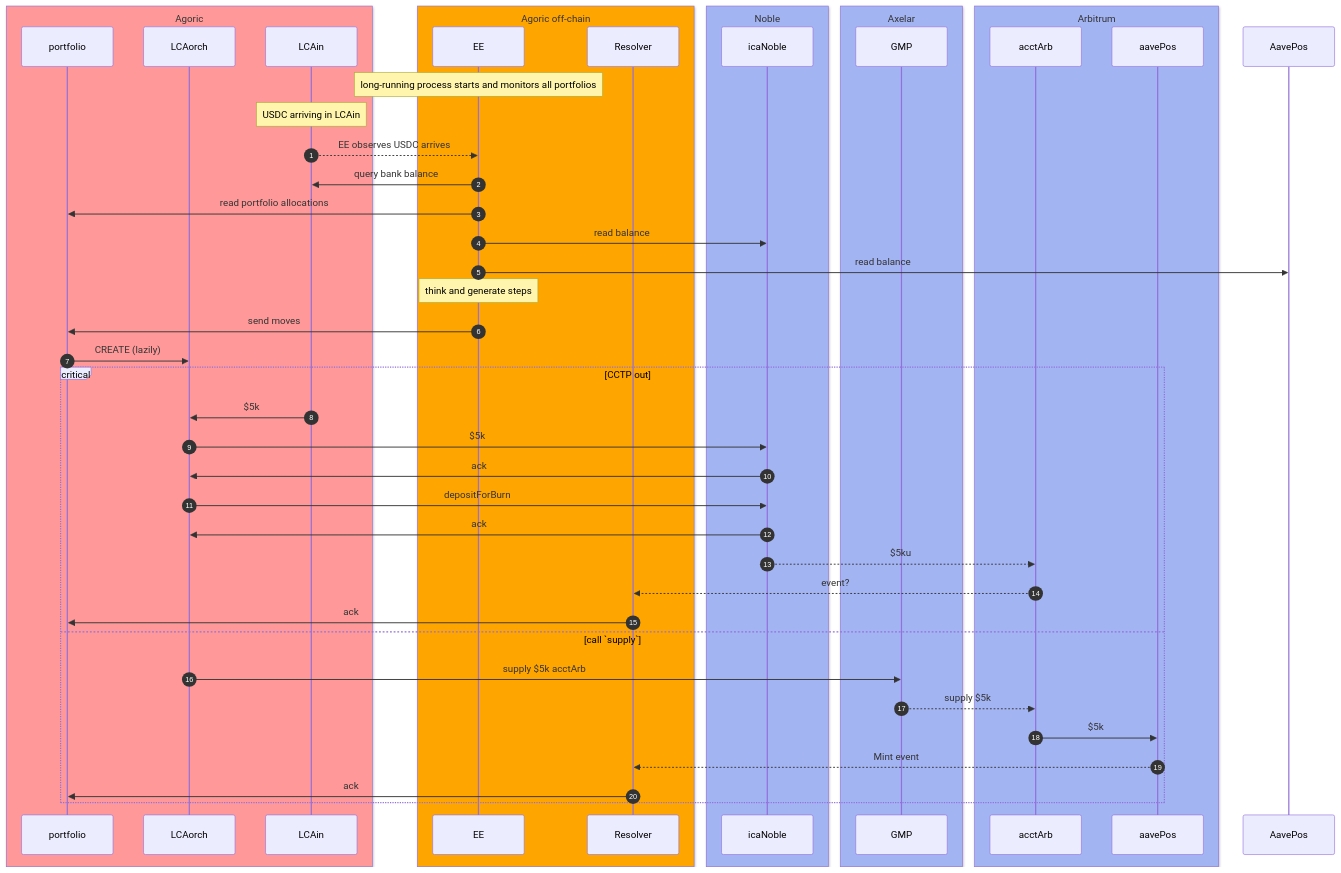
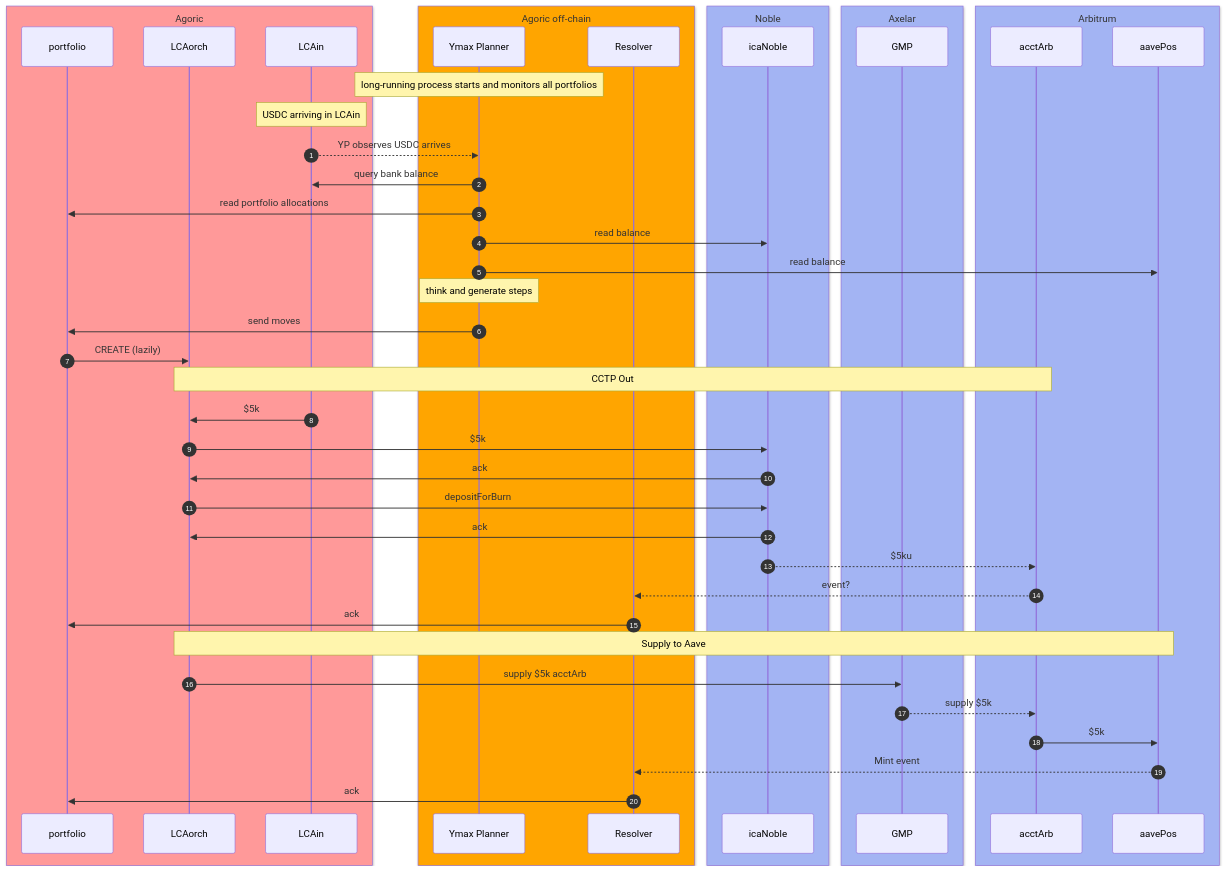
One commit to Agoric/agoric-sdk changed the fifth of 6 diagrams in packages/portfolio-contract/DESIGN-BETA.md. Above: the diagram before and after it, drawn with Mermaid. The commit also changed other lines of this file, not shown here.

Commit message:
docs(portfolio-contract): rename to ymax planner, add rebalance diagram

````diff
--- a/packages/portfolio-contract/DESIGN-BETA.md
+++ b/packages/portfolio-contract/DESIGN-BETA.md
@@ -79,58 +79,58 @@
 ```mermaid
 sequenceDiagram
   autonumber
 
   box rgb(255,153,153) Agoric
     participant portfolio
     participant LCAorch
     participant LCAin
   end
 
   box  rgb(255,165,0) Agoric off-chain
-    participant EE
+    participant YP as Ymax Planner
     participant Res as Resolver
   end
 
   box rgb(163,180,243) Noble
     participant icaN as icaNoble
   end
 
   box rgb(163,180,243) Axelar
     participant AX as GMP
   end
 
   box rgb(163,180,243) Arbitrum
     participant acctArb
     participant aavePos
   end
 
   %% Notation: ->> for initial message, -->> for consequences
 
-  Note over EE: long-running process starts and monitors all portfolios
+  Note over YP: long-running process starts and monitors all portfolios
   Note over LCAin: USDC arriving in LCAin
-  LCAin -->> EE: EE observes USDC arrives
-  EE ->> LCAin: query bank balance
-  EE ->> portfolio: read portfolio allocations
-  EE ->> icaN: read balance
-  EE ->> AavePos: read balance
-  Note over EE: think and generate steps
-  EE ->> portfolio: send moves
+  LCAin -->> YP: YP observes USDC arrives
+  YP ->> LCAin: query bank balance
+  YP ->> portfolio: read portfolio allocations
+  YP ->> icaN: read balance
+  YP ->> aavePos: read balance
+  Note over YP: think and generate steps
+  YP ->> portfolio: send moves
   portfolio ->> LCAorch: CREATE (lazily)
-  %% Optionally, send to LCAin and have EE do the planning
-  critical CCTP out
-    LCAin ->> LCAorch: $5k
-    LCAorch ->> icaN: $5k
-    icaN ->> LCAorch: ack
-    LCAorch ->> icaN: depositForBurn
-    icaN ->> LCAorch: ack
-    icaN -->> acctArb: $5ku
-    acctArb -->> Res: event?
-    Res ->> portfolio: ack
-  option call `supply`
-    LCAorch ->> AX: supply $5k acctArb
-    AX -->> acctArb: supply $5k
-    acctArb ->> aavePos: $5k
-    aavePos -->> Res: Mint event
-    Res ->> portfolio: ack
-  end
+
+  Note over LCAorch, acctArb: CCTP Out
+  LCAin ->> LCAorch: $5k
+  LCAorch ->> icaN: $5k
+  icaN ->> LCAorch: ack
+  LCAorch ->> icaN: depositForBurn
+  icaN ->> LCAorch: ack
+  icaN -->> acctArb: $5ku
+  acctArb -->> Res: event?
+  Res ->> portfolio: ack
+
+  Note over LCAorch, aavePos: Supply to Aave
+  LCAorch ->> AX: supply $5k acctArb
+  AX -->> acctArb: supply $5k
+  acctArb ->> aavePos: $5k
+  aavePos -->> Res: Mint event
+  Res ->> portfolio: ack
 ```
````
